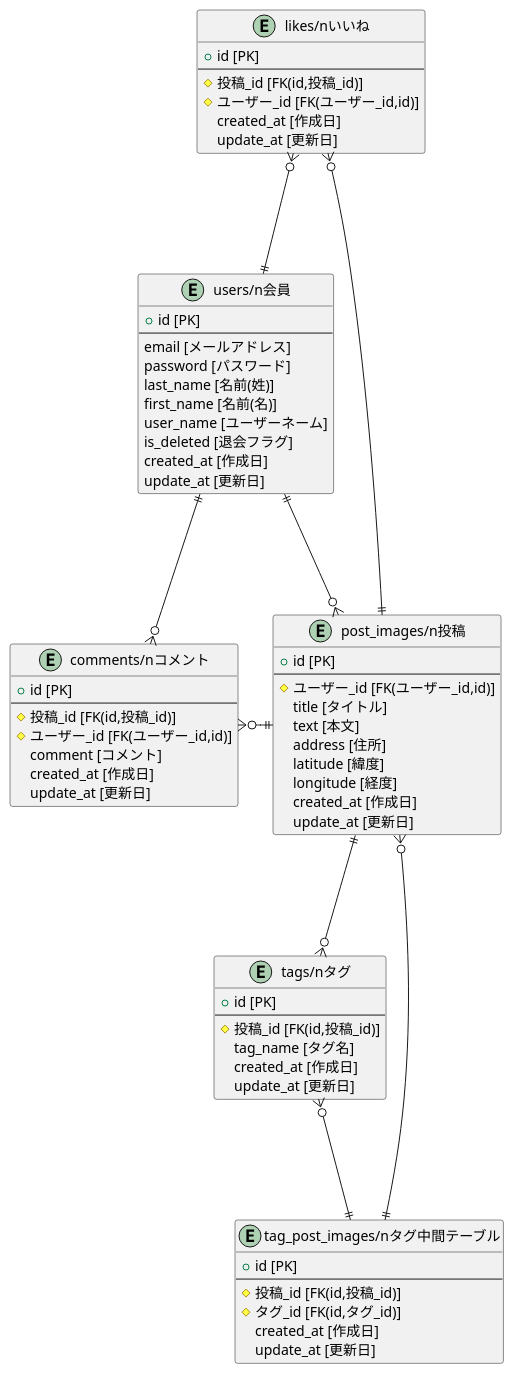
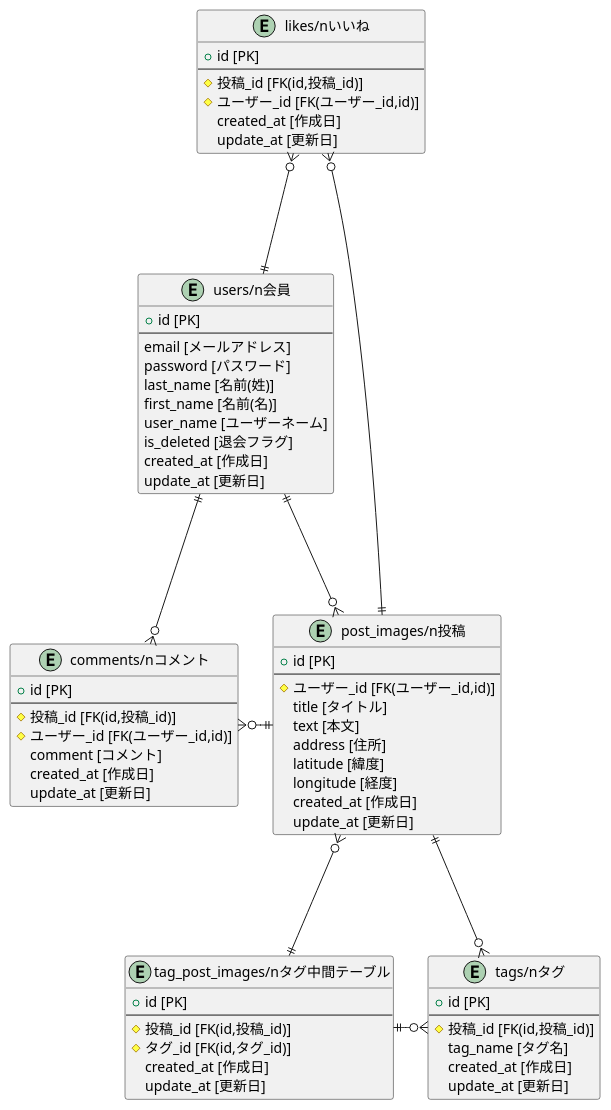
Before and after one commit to herojejung/Ours: the diagram in README.md, drawn with PlantUML.

Commit message:
[update]ER図

````diff
--- a/README.md
+++ b/README.md
@@ -46,69 +46,69 @@
 ```puml
 @startuml
 entity users as "users/n会員" {
   + id [PK]
   --
 email [メールアドレス]
 password [パスワード]
 last_name [名前(姓)]
 first_name [名前(名)]
 user_name [ユーザーネーム]
 is_deleted [退会フラグ]
 created_at [作成日]
 update_at [更新日]
 }
 entity post_images as "post_images/n投稿" {
   + id [PK]
   --
 # ユーザー_id [FK(ユーザー_id,id)]
 title [タイトル]
 text [本文]
 address [住所]
 latitude [緯度]
 longitude [経度]
 created_at [作成日]
 update_at [更新日]
 }
 entity tags as "tags/nタグ" {
   + id [PK]
   --
 # 投稿_id [FK(id,投稿_id)]
 tag_name [タグ名]
 created_at [作成日]
 update_at [更新日]
 }
 entity tag_post_images as "tag_post_images/nタグ中間テーブル" {
   + id [PK]
   --
 # 投稿_id [FK(id,投稿_id)]
 # タグ_id [FK(id,タグ_id)]
 created_at [作成日]
 update_at [更新日]
 }
 entity comments as "comments/nコメント" {
   + id [PK]
   --
 # 投稿_id [FK(id,投稿_id)]
 # ユーザー_id [FK(ユーザー_id,id)]
 comment [コメント]
 created_at [作成日]
 update_at [更新日]
 }
 entity likes as "likes/nいいね" {
   + id [PK]
   --
 # 投稿_id [FK(id,投稿_id)]
 # ユーザー_id [FK(ユーザー_id,id)]
 created_at [作成日]
 update_at [更新日]
 }
 tag_post_images ||-u--o{ post_images
-tag_post_images ||-u--o{ tags
+tag_post_images ||-r--o{ tags
 post_images ||-d--o{ tags
 post_images ||-l--o{ comments
 post_images ||-d--o{ likes
 users ||-l--o{ post_images
 users ||-d--o{ comments
 users ||-u--o{ likes
 @enduml
 ```
````
